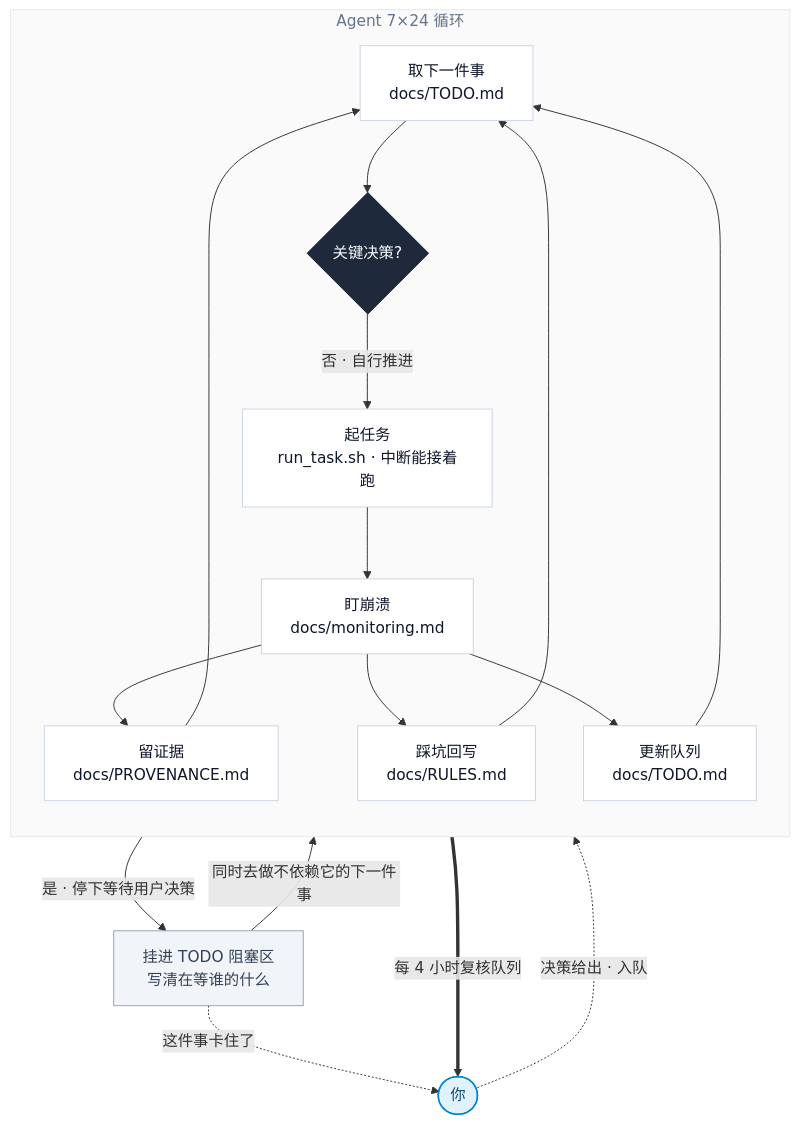
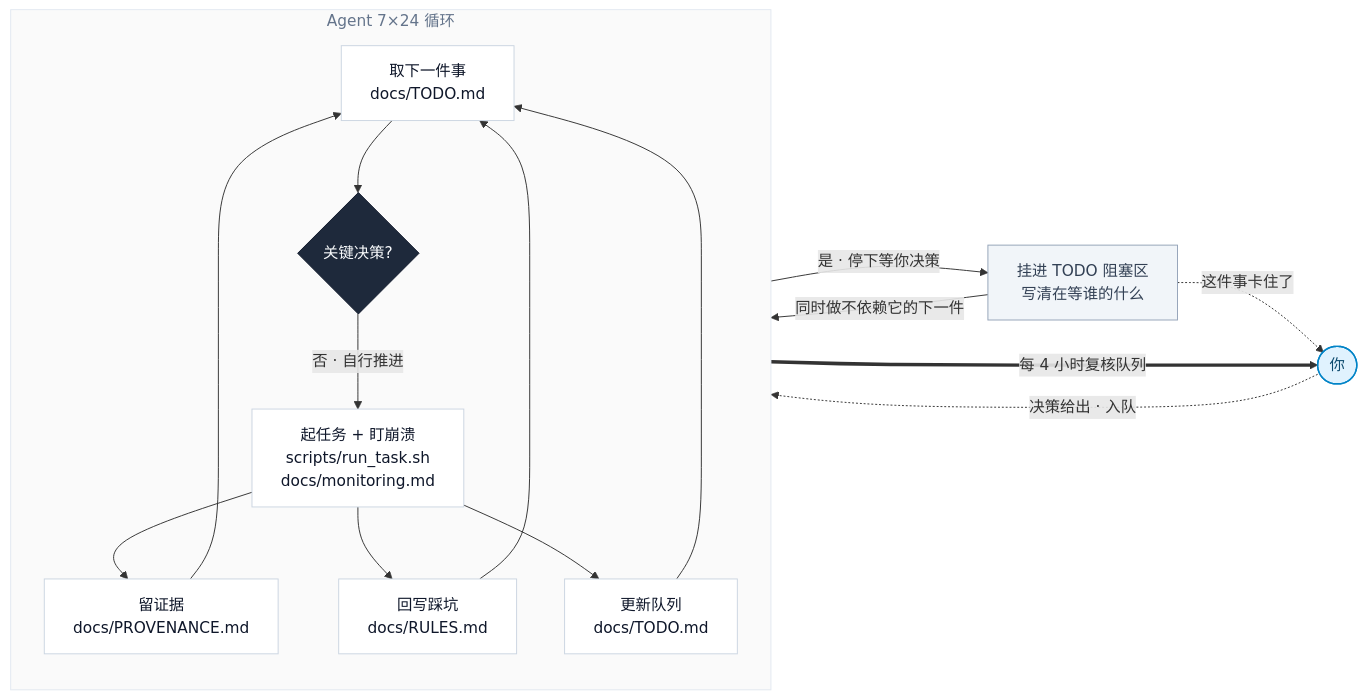
One commit to hashiruu/agent-experiment changed the diagram in README.md. Above: the diagram before and after it, drawn with Mermaid. The commit also changed other lines of this file and 1 other file, not shown here.

Commit message:
Landscape diagram, language badges, tighter warning

````diff
--- a/README.md
+++ b/README.md
@@ -23,38 +23,35 @@
 ```mermaid
-flowchart TB
+flowchart LR
     subgraph LOOP["Agent 7×24 循环"]
         direction TB
         T1["取下一件事<br/>docs/TODO.md"]
         D{"关键决策?"}
-        T2["起任务<br/>run_task.sh · 中断能接着跑"]
-        T3["盯崩溃<br/>docs/monitoring.md"]
+        T2["起任务 + 盯崩溃<br/>scripts/run_task.sh<br/>docs/monitoring.md"]
         PV["留证据<br/>docs/PROVENANCE.md"]
-        RL["踩坑回写<br/>docs/RULES.md"]
+        RL["回写踩坑<br/>docs/RULES.md"]
         TD["更新队列<br/>docs/TODO.md"]
         T1 --> D
         D -->|"否 · 自行推进"| T2
-        T2 --> T3
-        T3 --> PV
-        T3 --> RL
-        T3 --> TD
+        T2 --> PV
+        T2 --> RL
+        T2 --> TD
         PV --> T1
         RL --> T1
         TD --> T1
     end
-
-    D -->|"是 · 停下等待用户决策"| W["挂进 TODO 阻塞区<br/>写清在等谁的什么"]
-    W -->|"同时去做不依赖它的下一件事"| T1
+    D -->|"是 · 停下等你决策"| W["挂进 TODO 阻塞区<br/>写清在等谁的什么"]
+    W -->|"同时做不依赖它的下一件"| T1
     W -.->|"这件事卡住了"| HU
     HU(["你"]) -.->|"决策给出 · 入队"| T1
     TD ==>|"每 4 小时复核队列"| HU
 
     classDef step fill:#FFFFFF,stroke:#CBD5E1,stroke-width:1px,color:#0F172A
     classDef gate fill:#1E293B,stroke:#0F172A,stroke-width:1px,color:#F8FAFC
     classDef side fill:#F1F5F9,stroke:#94A3B8,stroke-width:1px,color:#334155
     classDef human fill:#E0F2FE,stroke:#0284C7,stroke-width:1.5px,color:#0C4A6E
-    class T1,T2,T3,PV,RL,TD step
+    class T1,T2,PV,RL,TD step
     class D gate
     class W side
     class HU human
     style LOOP fill:#FAFAFA,stroke:#E2E8F0,color:#64748B
 ```
````
